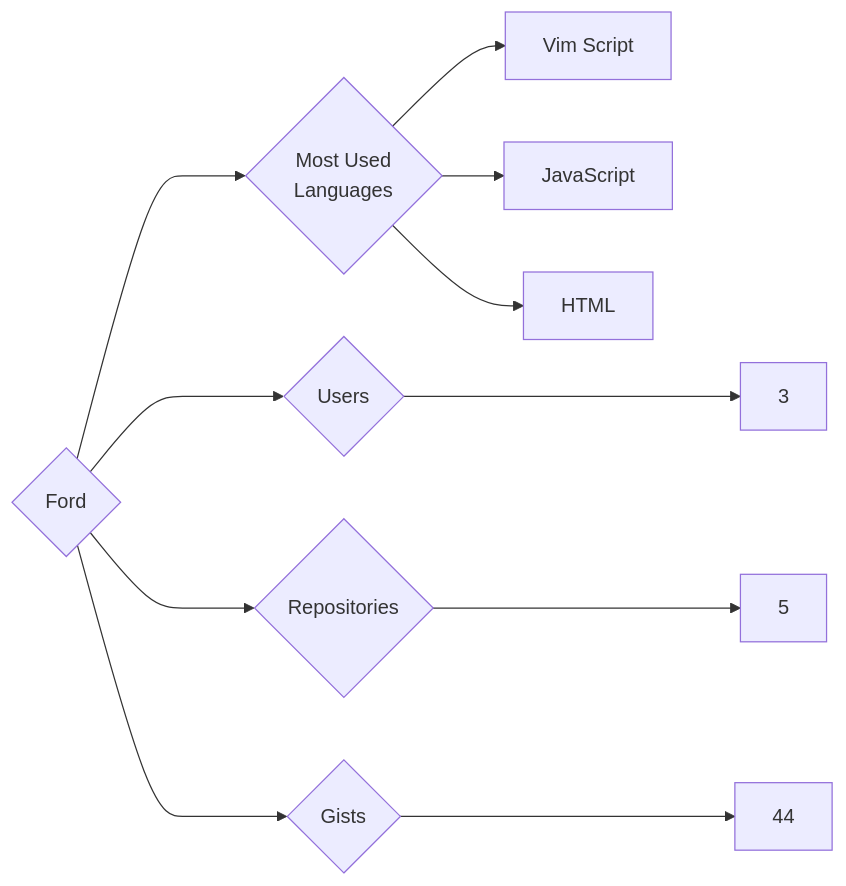
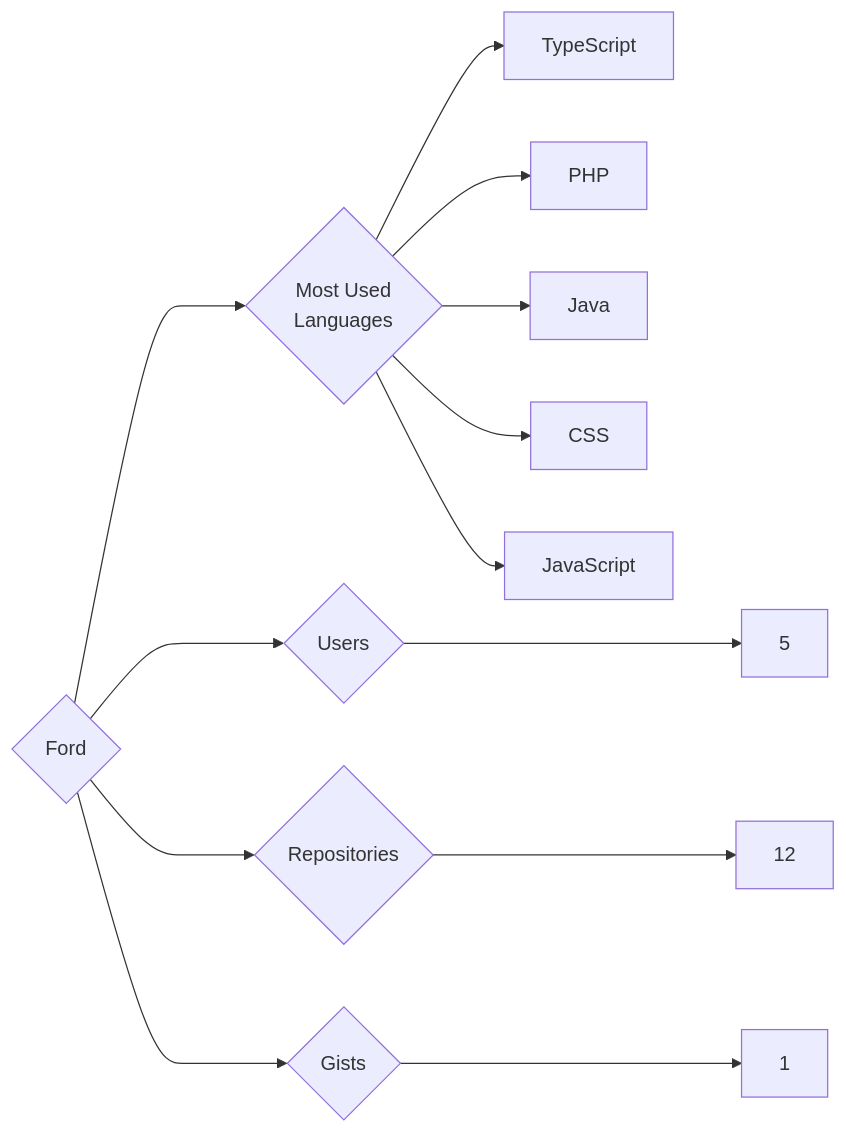
Before and after one commit to trickest/insiders: the diagram in targets/Ford/README.md, drawn with Mermaid. The commit also changed 1036 other files, not shown here.

````diff
--- a/targets/Ford/README.md
+++ b/targets/Ford/README.md
@@ -3,11 +3,13 @@
 ```mermaid
 graph LR
 COMPANY_NAME{Ford}
-COMPANY_NAME ---> U{Users} ---> UN[3]
-COMPANY_NAME ---> R{Repositories} ---> RN[5]
-COMPANY_NAME ---> G{Gists} ---> GN[44]
+COMPANY_NAME ---> U{Users} ---> UN[5]
+COMPANY_NAME ---> R{Repositories} ---> RN[12]
+COMPANY_NAME ---> G{Gists} ---> GN[1]
 COMPANY_NAME ---> ML{Most Used<br>Languages}
-ML --> Vim_Script[Vim Script]
+ML --> TypeScript[TypeScript]
+ML --> PHP[PHP]
+ML --> Java[Java]
+ML --> CSS[CSS]
 ML --> JavaScript[JavaScript]
-ML --> HTML[HTML]
 ```
````
